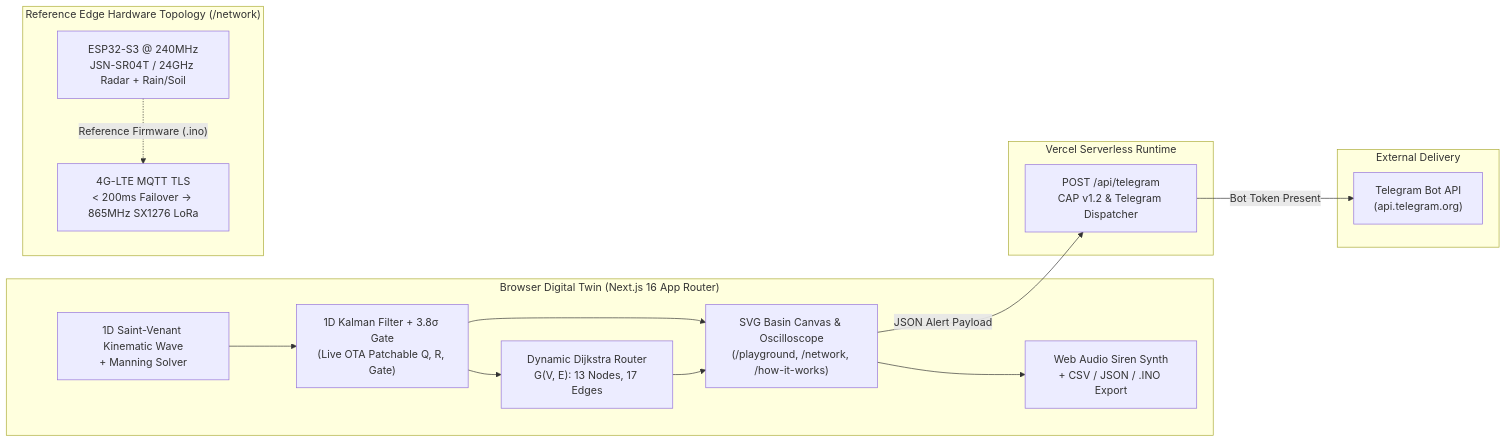
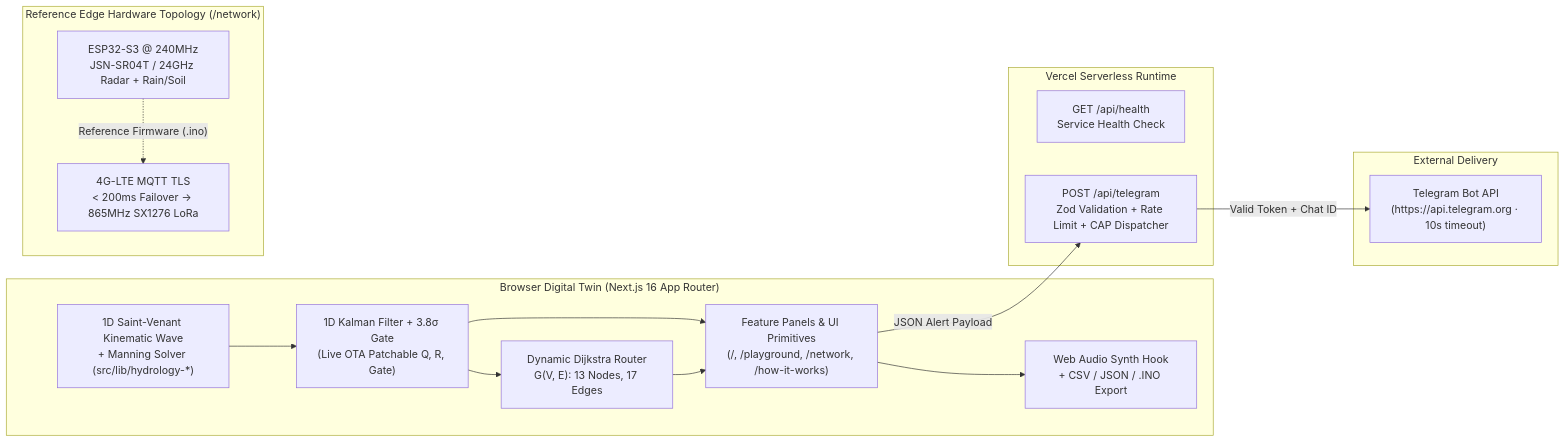
The first of 3 diagrams in docs/ARCHITECTURE.md (tanisheesh/AegisFlood), drawn with Mermaid before and after one commit. The commit also changed other lines of this file and 8 other files, not shown here.

Commit message:
📚 sync readme, agents.md, changelog and architecture docs with hardened codebase

````diff
--- a/docs/ARCHITECTURE.md
+++ b/docs/ARCHITECTURE.md
@@ -21,32 +21,33 @@
 ```mermaid
 flowchart LR
   subgraph Client["Browser Digital Twin (Next.js 16 App Router)"]
-    UI["SVG Basin Canvas & Oscilloscope<br/>(/playground, /network, /how-it-works)"]
-    Wave["1D Saint-Venant Kinematic Wave<br/>+ Manning Solver"]
+    UI["Feature Panels & UI Primitives<br/>(/, /playground, /network, /how-it-works)"]
+    Wave["1D Saint-Venant Kinematic Wave<br/>+ Manning Solver (src/lib/hydrology-*)"]
     KF["1D Kalman Filter + 3.8σ Gate<br/>(Live OTA Patchable Q, R, Gate)"]
     Graph["Dynamic Dijkstra Router<br/>G(V, E): 13 Nodes, 17 Edges"]
-    Audio["Web Audio Siren Synth<br/>+ CSV / JSON / .INO Export"]
+    Audio["Web Audio Synth Hook<br/>+ CSV / JSON / .INO Export"]
   end
 
   subgraph Server["Vercel Serverless Runtime"]
-    TG["POST /api/telegram<br/>CAP v1.2 & Telegram Dispatcher"]
+    Health["GET /api/health<br/>Service Health Check"]
+    TG["POST /api/telegram<br/>Zod Validation + Rate Limit + CAP Dispatcher"]
   end
 
   subgraph External["External Delivery"]
-    BotAPI["Telegram Bot API<br/>(api.telegram.org)"]
+    BotAPI["Telegram Bot API<br/>(https://api.telegram.org · 10s timeout)"]
   end
 
   subgraph Field["Reference Edge Hardware Topology (/network)"]
     MCU["ESP32-S3 @ 240MHz<br/>JSN-SR04T / 24GHz Radar + Rain/Soil"]
     Mesh["4G-LTE MQTT TLS<br/>< 200ms Failover -> 865MHz SX1276 LoRa"]
   end
 
   Wave --> KF
   KF --> UI
   KF --> Graph
   Graph --> UI
   UI --> Audio
   UI -->|"JSON Alert Payload"| TG
-  TG -->|"Bot Token Present"| BotAPI
+  TG -->|"Valid Token + Chat ID"| BotAPI
   MCU -.->|"Reference Firmware (.ino)"| Mesh
 ```
````
